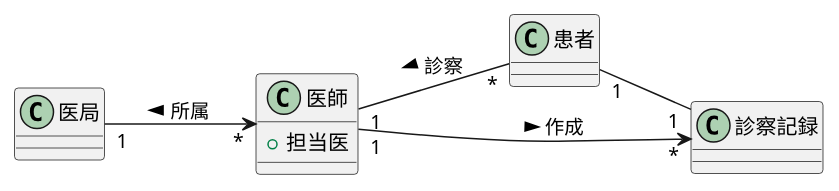
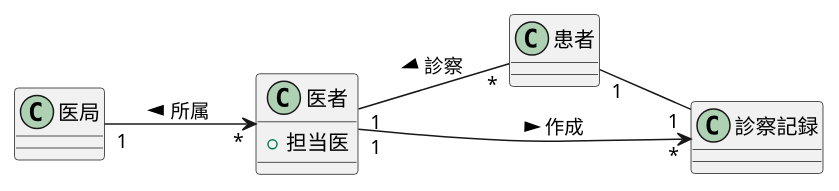
One commit to kikuchihibiki/uml-introduction changed the diagram in 演習3-2_CL_医師と患者と医局と診療記録.pu. Above: the diagram before and after it, drawn with PlantUML.

Commit message:
演習

```diff
--- a/演習3-2_CL_医師と患者と医局と診療記録.pu
+++ b/演習3-2_CL_医師と患者と医局と診療記録.pu
@@ -1,23 +1,21 @@
 @startuml
 left to right direction
-class 医師{
+class 医者{
     +担当医
 }
 
 class 患者{
 }
 
 class 医局{
-
 }
 
 class 診察記録{
-
 }
 
 
-医局 "1"--> "*" 医師 :所属 <
-医師 "1"-- "*" 患者 :診察 <
-医師 "1"--> "*" 診察記録 :作成 >
+医局 "1"--> "*" 医者 :所属 <
+医者 "1"-- "*" 患者 :診察 <
+医者 "1"--> "*" 診察記録 :作成 >
 患者 "1" -- "1" 診察記録
 @enduml
```
